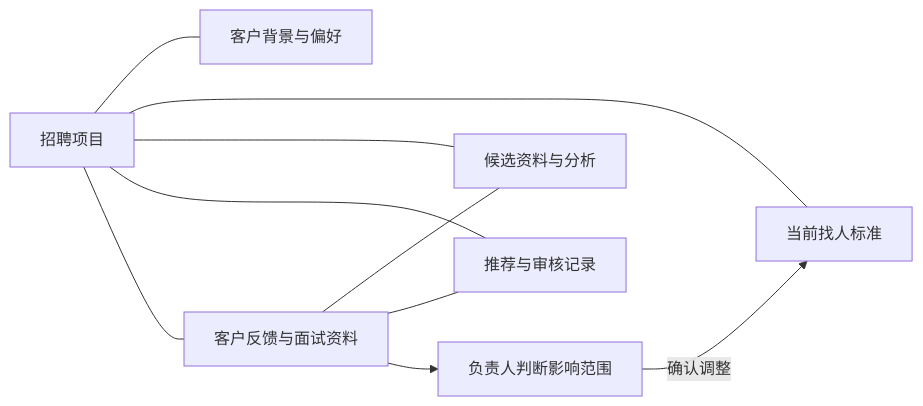
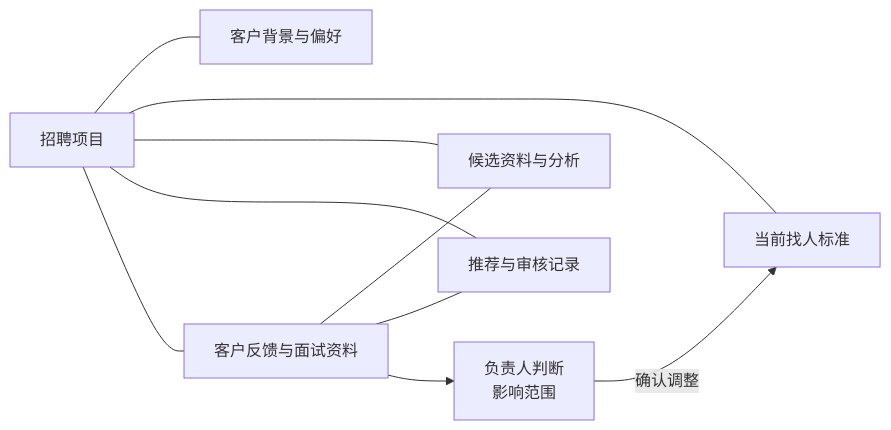
One commit to cytlabs/personal-site changed the second of 2 diagrams in content/cases/recruitment-delivery.md. Above: the diagram before and after it, drawn with Mermaid. The commit also changed other lines of this file and 8 other files, not shown here.

Commit message:
完善图表阅读顺序与语义换行

````diff
--- a/content/cases/recruitment-delivery.md
+++ b/content/cases/recruitment-delivery.md
@@ -42,12 +42,12 @@
 ```mermaid
 flowchart LR
     P["招聘项目"] --- C["客户背景与偏好"]
     P --- R["当前找人标准"]
     P --- N["候选资料与分析"]
     P --- S["推荐与审核记录"]
     P --- F["客户反馈与面试资料"]
     F --- N
     F --- S
-    F --> J["负责人判断影响范围"]
+    F --> J["负责人判断<br/>影响范围"]
     J -->|确认调整| R
 ```
````
